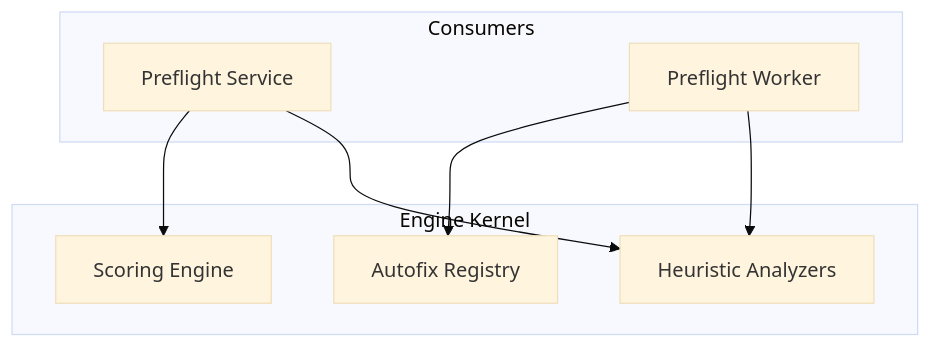
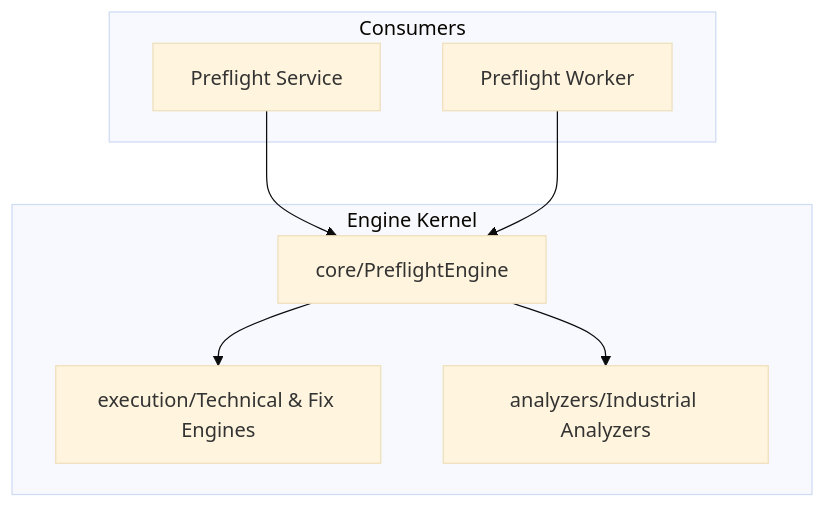
The diagram in README.md (PrintPriceOS/ppos-preflight-engine), drawn with Mermaid (base theme) before and after one commit. The commit also changed other lines of this file, not shown here.

````diff
--- a/README.md
+++ b/README.md
@@ -9,18 +16,18 @@
 ```mermaid
 graph TD
     subgraph "Consumers"
         SVC[Preflight Service]
         WRK[Preflight Worker]
     end
     
     subgraph "Engine Kernel"
-        SCORER[Scoring Engine]
-        FIX[Autofix Registry]
-        HEU[Heuristic Analyzers]
+        ORCH[core/PreflightEngine]
+        EXEC[execution/Technical & Fix Engines]
+        ANA[analyzers/Industrial Analyzers]
     end
     
-    SVC --> SCORER
-    WRK --> FIX
-    WRK --> HEU
-    SVC --> HEU
+    SVC --> ORCH
+    WRK --> ORCH
+    ORCH --> EXEC
+    ORCH --> ANA
 ```
````
